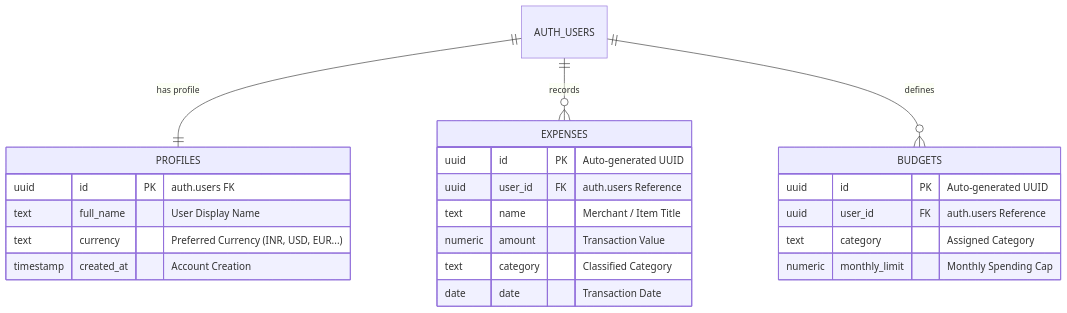
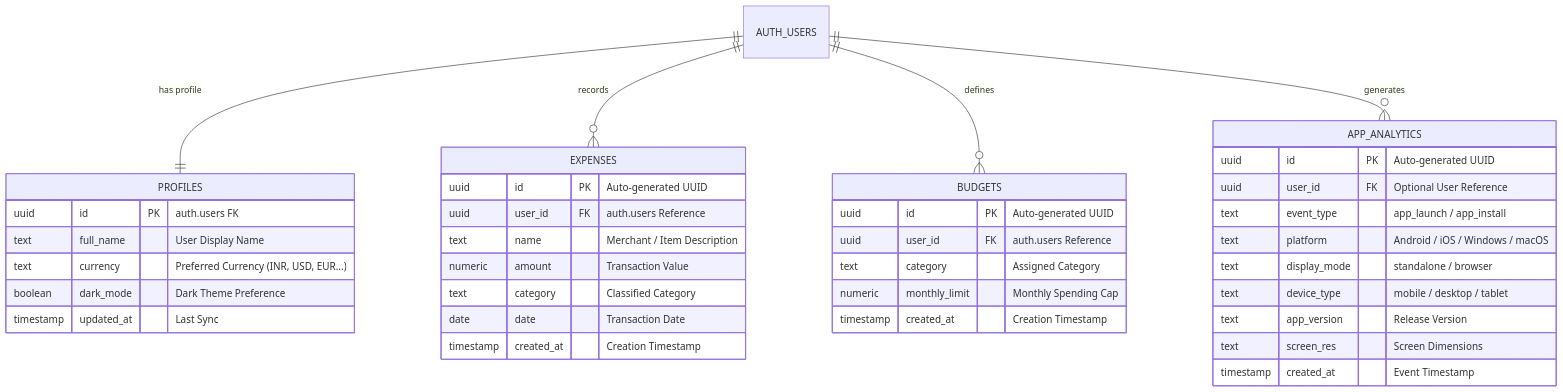
Before and after one commit to Code-Breaker-Ctrl/Ledgio: the diagram in README.md, drawn with Mermaid. The commit also changed other lines of this file, not shown here.

Commit message:
docs(readme): update repository documentation with v1.0.8 architecture, PWA guide, and schema

````diff
--- a/README.md
+++ b/README.md
@@ -66,29 +68,45 @@
 ```mermaid
 erDiagram
     AUTH_USERS ||--|| PROFILES : "has profile"
     AUTH_USERS ||--o{ EXPENSES : "records"
     AUTH_USERS ||--o{ BUDGETS : "defines"
+    AUTH_USERS ||--o{ APP_ANALYTICS : "generates"
 
     PROFILES {
         uuid id PK "auth.users FK"
         text full_name "User Display Name"
         text currency "Preferred Currency (INR, USD, EUR...)"
-        timestamp created_at "Account Creation"
+        boolean dark_mode "Dark Theme Preference"
+        timestamp updated_at "Last Sync"
     }
 
     EXPENSES {
         uuid id PK "Auto-generated UUID"
         uuid user_id FK "auth.users Reference"
-        text name "Merchant / Item Title"
+        text name "Merchant / Item Description"
         numeric amount "Transaction Value"
         text category "Classified Category"
         date date "Transaction Date"
+        timestamp created_at "Creation Timestamp"
     }
 
     BUDGETS {
         uuid id PK "Auto-generated UUID"
         uuid user_id FK "auth.users Reference"
         text category "Assigned Category"
         numeric monthly_limit "Monthly Spending Cap"
+        timestamp created_at "Creation Timestamp"
+    }
+
+    APP_ANALYTICS {
+        uuid id PK "Auto-generated UUID"
+        uuid user_id FK "Optional User Reference"
+        text event_type "app_launch / app_install"
+        text platform "Android / iOS / Windows / macOS"
+        text display_mode "standalone / browser"
+        text device_type "mobile / desktop / tablet"
+        text app_version "Release Version"
+        text screen_res "Screen Dimensions"
+        timestamp created_at "Event Timestamp"
     }
 ```
````
